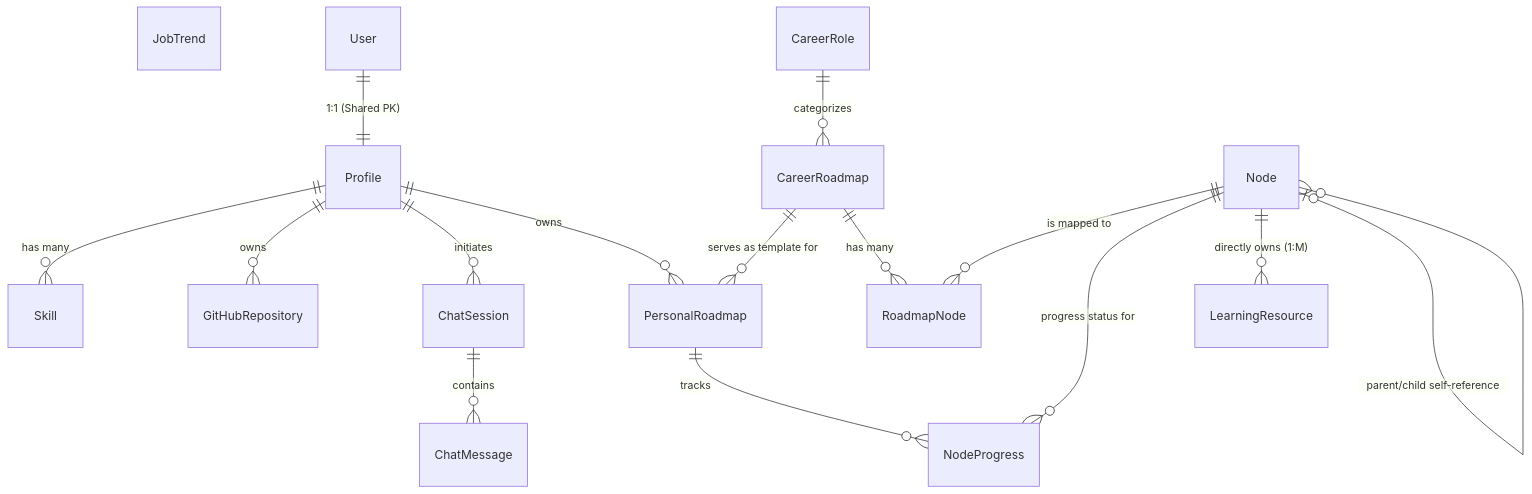
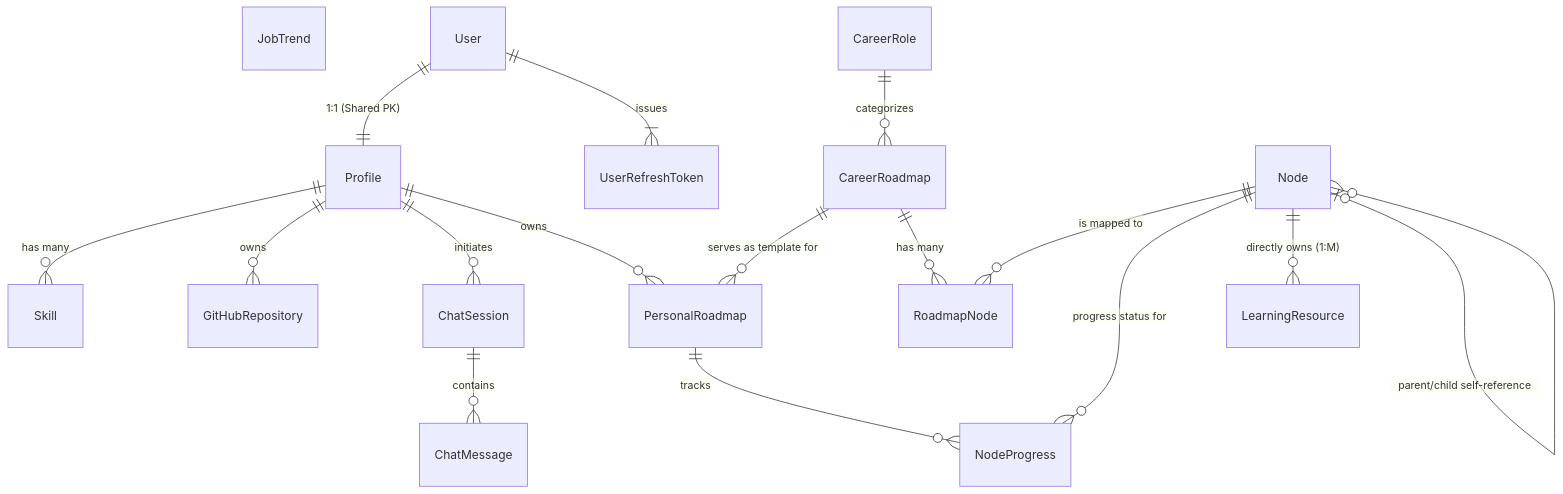
The diagram in document/diagram/conceptual_erd.mmd (blackspacelock/prn232), drawn with Mermaid before and after one commit. The commit also changed 1 other file, not shown here.

Commit message:
docs: update erd to support refresh tokens

```diff
--- a/document/diagram/conceptual_erd.mmd
+++ b/document/diagram/conceptual_erd.mmd
@@ -1,27 +1,28 @@
 erDiagram
     %% Standalone Entity
     JobTrend 
 
     %% Core User & Profile Entities
     User ||--|| Profile : "1:1 (Shared PK)"
     Profile ||--o{ Skill : "has many"
     Profile ||--o{ GitHubRepository : "owns"
     Profile ||--o{ ChatSession : "initiates"
     ChatSession ||--o{ ChatMessage : "contains"
+    User ||--|{ UserRefreshToken : "issues"
 
     %% Career & Roadmap Template Entities
     CareerRole ||--o{ CareerRoadmap : "categorizes"
     
     %% Personalization Entities
     CareerRoadmap ||--o{ PersonalRoadmap : "serves as template for"
     Profile ||--o{ PersonalRoadmap : "owns"
 
     %% Hierarchy & Junction Entities
     CareerRoadmap ||--o{ RoadmapNode : "has many"
     Node ||--o{ RoadmapNode : "is mapped to"
     
     PersonalRoadmap ||--o{ NodeProgress : "tracks"
     Node ||--o{ NodeProgress : "progress status for"
 
     Node ||--o{ LearningResource : "directly owns (1:M)"
     Node |o--o{ Node : "parent/child self-reference"
```
